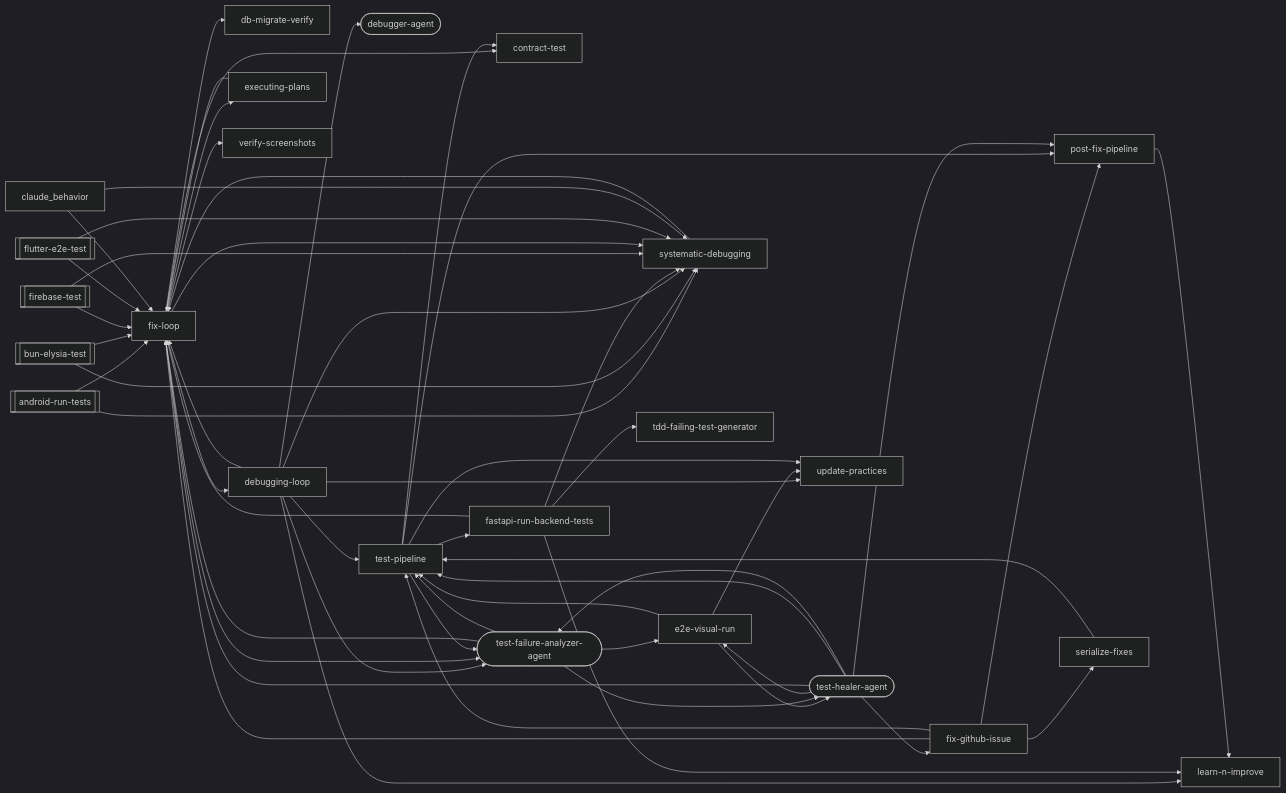
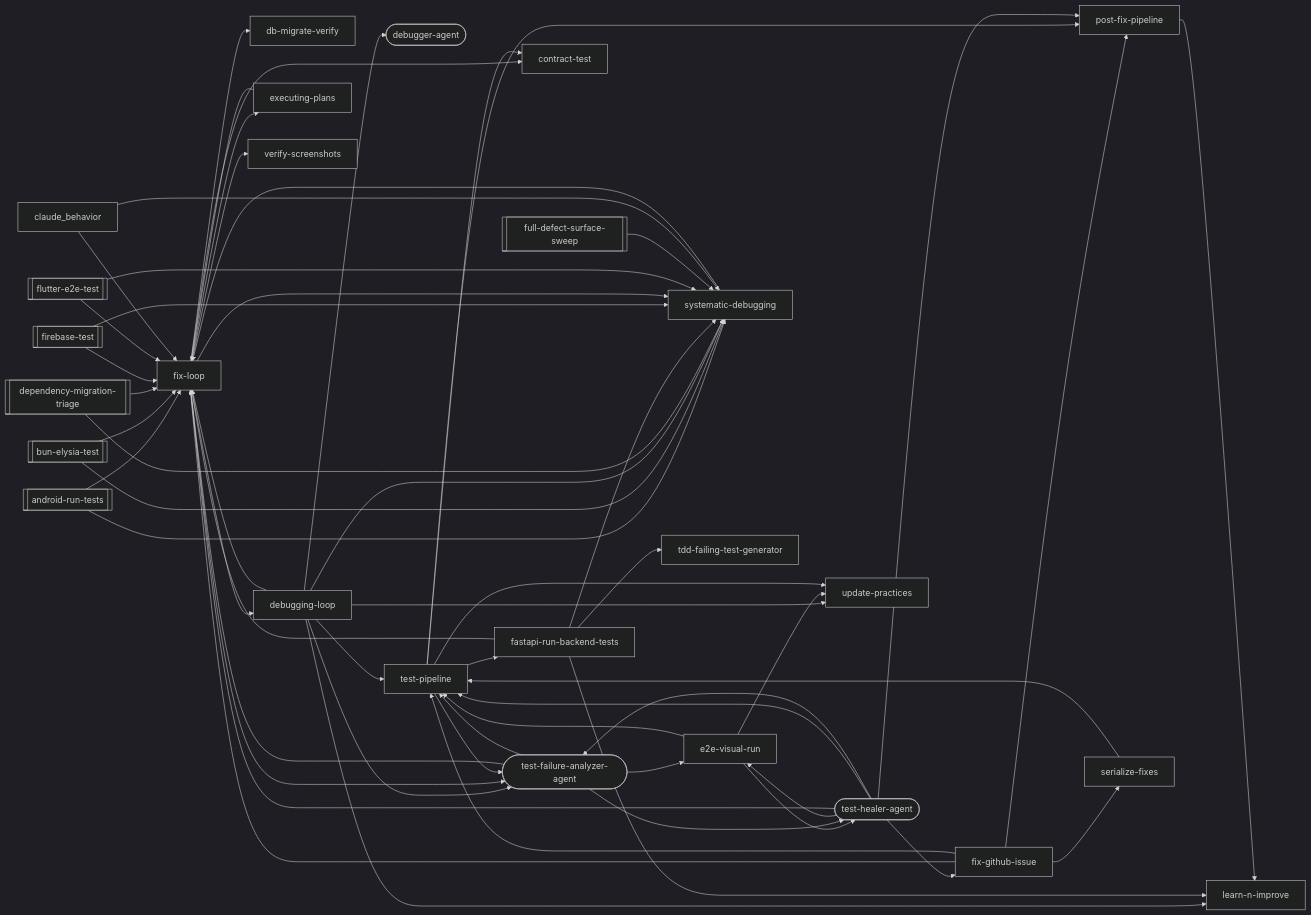
One commit to abhayla/claude-best-practices changed the third of 26 diagrams in docs/workflows/debugging-loop.md. Above: the diagram before and after it, drawn with Mermaid (dark theme). The commit also changed other lines of this file and 14 other files, not shown here.

```diff
--- a/docs/workflows/debugging-loop.md
+++ b/docs/workflows/debugging-loop.md
@@ -676,8 +716,10 @@
 graph LR
     android_run_tests[["android-run-tests"]]
     bun_elysia_test[["bun-elysia-test"]]
+    dependency_migration_triage[["dependency-migration-triage"]]
     firebase_test[["firebase-test"]]
     flutter_e2e_test[["flutter-e2e-test"]]
+    full_defect_surface_sweep[["full-defect-surface-sweep"]]
     contract_test["contract-test"]
     db_migrate_verify["db-migrate-verify"]
     debugger_agent(["debugger-agent"])
@@ -708,6 +750,8 @@
     debugging_loop --> update_practices
     debugging_loop --> debugger_agent
     debugging_loop --> test_failure_analyzer_agent
+    dependency_migration_triage --> fix_loop
+    dependency_migration_triage --> systematic_debugging
     e2e_visual_run --> test_pipeline
     e2e_visual_run --> update_practices
     e2e_visual_run --> test_healer_agent
@@ -731,6 +775,7 @@
     fix_loop --> test_failure_analyzer_agent
     flutter_e2e_test --> fix_loop
     flutter_e2e_test --> systematic_debugging
+    full_defect_surface_sweep --> systematic_debugging
     post_fix_pipeline --> learn_n_improve
     serialize_fixes --> test_pipeline
     systematic_debugging --> fix_loop
```
